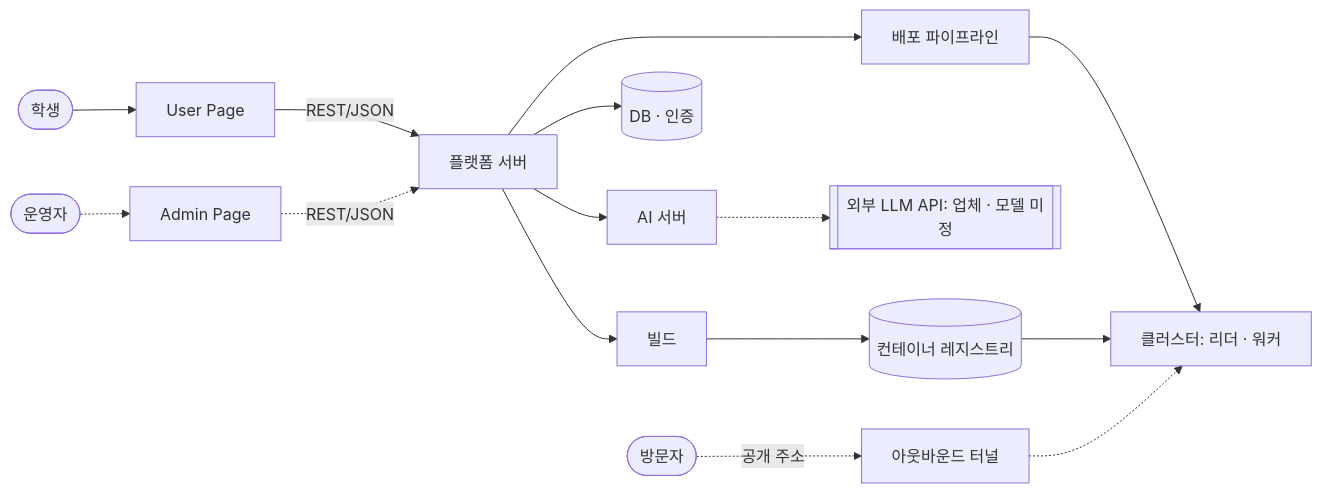
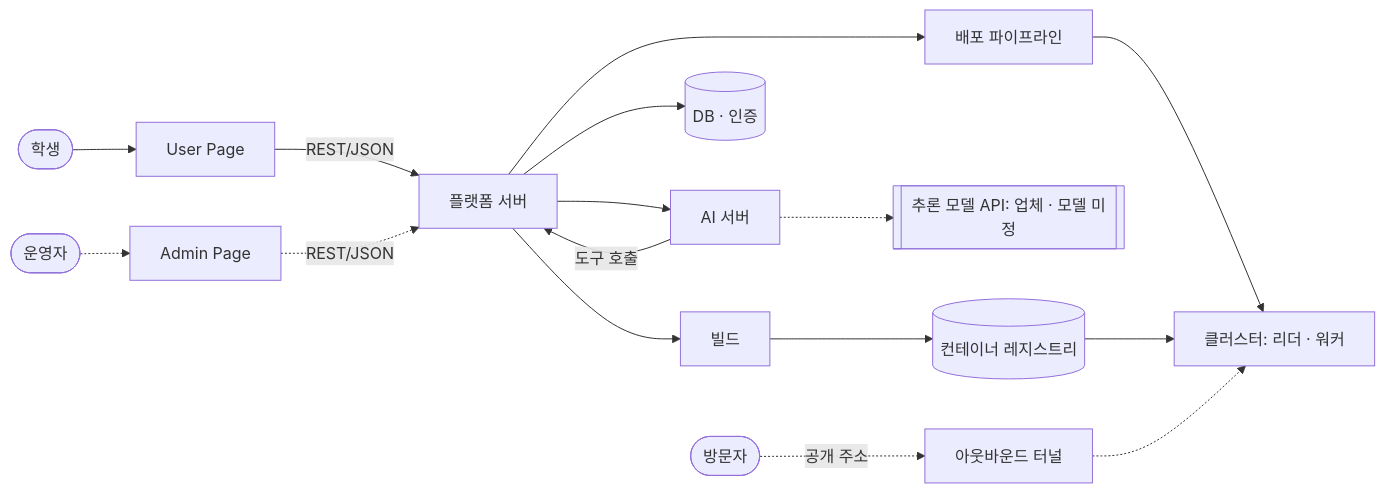
The diagram in docs/SRS.md (woowangthon/WOOWANGTHON_TEAM_18), drawn with Mermaid before and after one commit. The commit also changed other lines of this file and 2 other files, not shown here.

First line of the commit message:
docs: SRS · 시스템 정의서 · ai-scope를 합의된 배포 워크플로우에 맞춘다

````diff
--- a/docs/SRS.md
+++ b/docs/SRS.md
@@ -107,17 +113,18 @@
 ```mermaid
 flowchart LR
   student([학생]) --> up[User Page]
   operator([운영자]) -.-> ap[Admin Page]
   visitor([방문자]) -.->|공개 주소| tunnel[아웃바운드 터널]
   up -->|REST/JSON| be[플랫폼 서버]
   ap -.->|REST/JSON| be
   be --> db[(DB · 인증)]
   be --> ai[AI 서버]
-  ai -.-> llm[[외부 LLM API: 업체 · 모델 미정]]
+  ai -.-> llm[[추론 모델 API: 업체 · 모델 미정]]
+  ai -->|도구 호출| be
   be --> build[빌드]
   build --> reg[(컨테이너 레지스트리)]
   be --> pipe[배포 파이프라인]
   pipe --> cluster[클러스터: 리더 · 워커]
   reg --> cluster
   tunnel -.-> cluster
 ```
````
